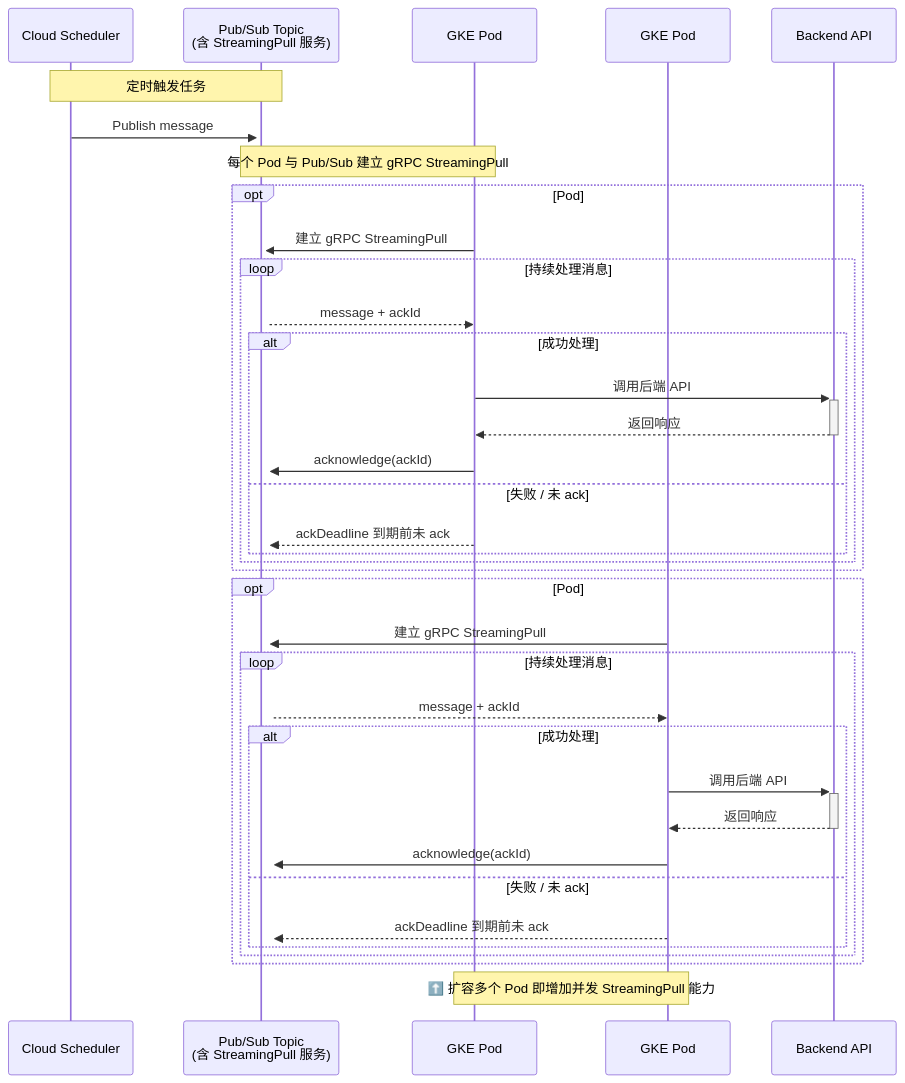
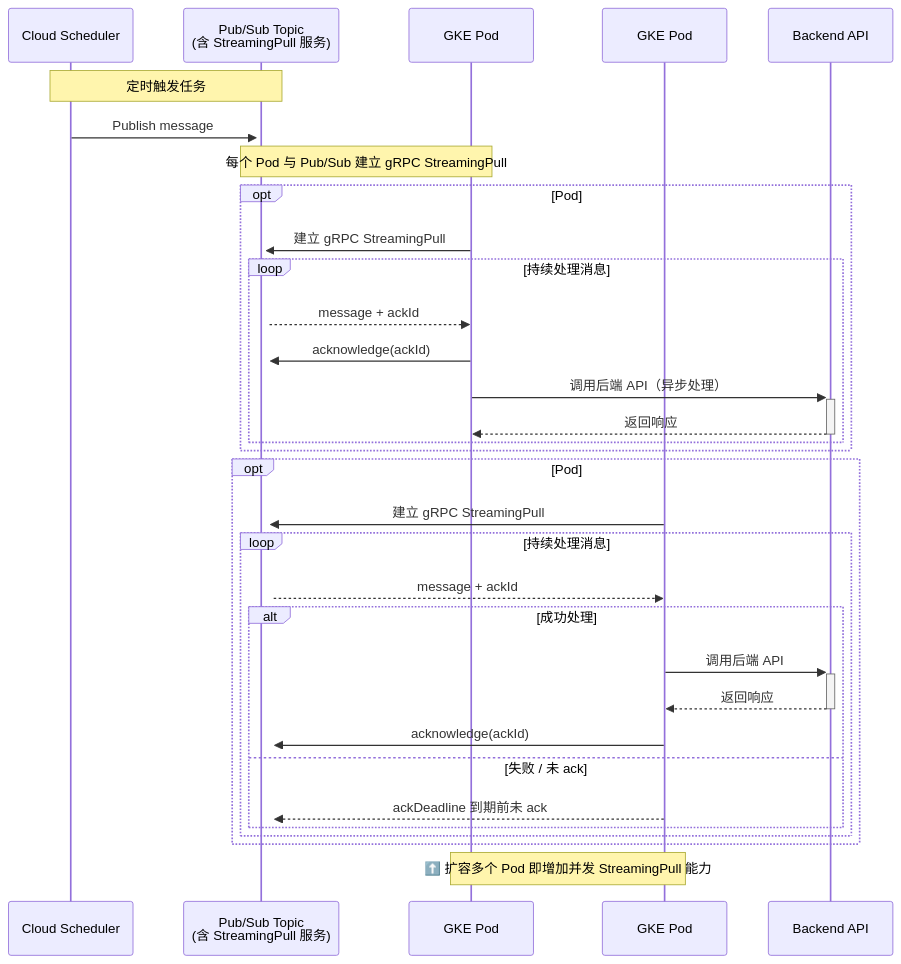
Before and after one commit to aibangjuxin/knowledge: the seventh of 12 diagrams in gcp/pub-sub/flow-and-concept.md, drawn with Mermaid. The commit also changed other lines of this file and 3 other files, not shown here.

````diff
--- a/gcp/pub-sub/flow-and-concept.md
+++ b/gcp/pub-sub/flow-and-concept.md
@@ -182,43 +177,39 @@
 ```mermaid
 sequenceDiagram
     participant CS as Cloud Scheduler
     participant PS as Pub/Sub Topic<br/>(含 StreamingPull 服务)
     participant Pod1 as GKE Pod #1<br/>(Scheduler Client)
     participant Pod2 as GKE Pod #2<br/>(Scheduler Client)
     participant API as Backend API
 
     Note over CS,PS: 定时触发任务
     CS->>+PS: Publish message
 
     Note over Pod1,PS: 每个 Pod 与 Pub/Sub 建立 gRPC StreamingPull
 
     opt Pod #1 StreamingPull 流
         Pod1->>+PS: 建立 gRPC StreamingPull
         loop 持续处理消息
             PS-->>Pod1: message + ackId
-            alt 成功处理
-                Pod1->>+API: 调用后端 API
-                API-->>-Pod1: 返回响应
-                Pod1->>PS: acknowledge(ackId)
-            else 失败 / 未 ack
-                Pod1-->>PS: ackDeadline 到期前未 ack
-            end
+            Pod1->>PS: acknowledge(ackId)
+            Pod1->>+API: 调用后端 API（异步处理）
+            API-->>-Pod1: 返回响应
         end
     end
 
     opt Pod #2 StreamingPull 流
         Pod2->>+PS: 建立 gRPC StreamingPull
         loop 持续处理消息
             PS-->>Pod2: message + ackId
             alt 成功处理
                 Pod2->>+API: 调用后端 API
                 API-->>-Pod2: 返回响应
                 Pod2->>PS: acknowledge(ackId)
             else 失败 / 未 ack
                 Pod2-->>PS: ackDeadline 到期前未 ack
             end
         end
     end
 
     Note over Pod1,Pod2: ⬆️ 扩容多个 Pod 即增加并发 StreamingPull 能力
 ```
````
